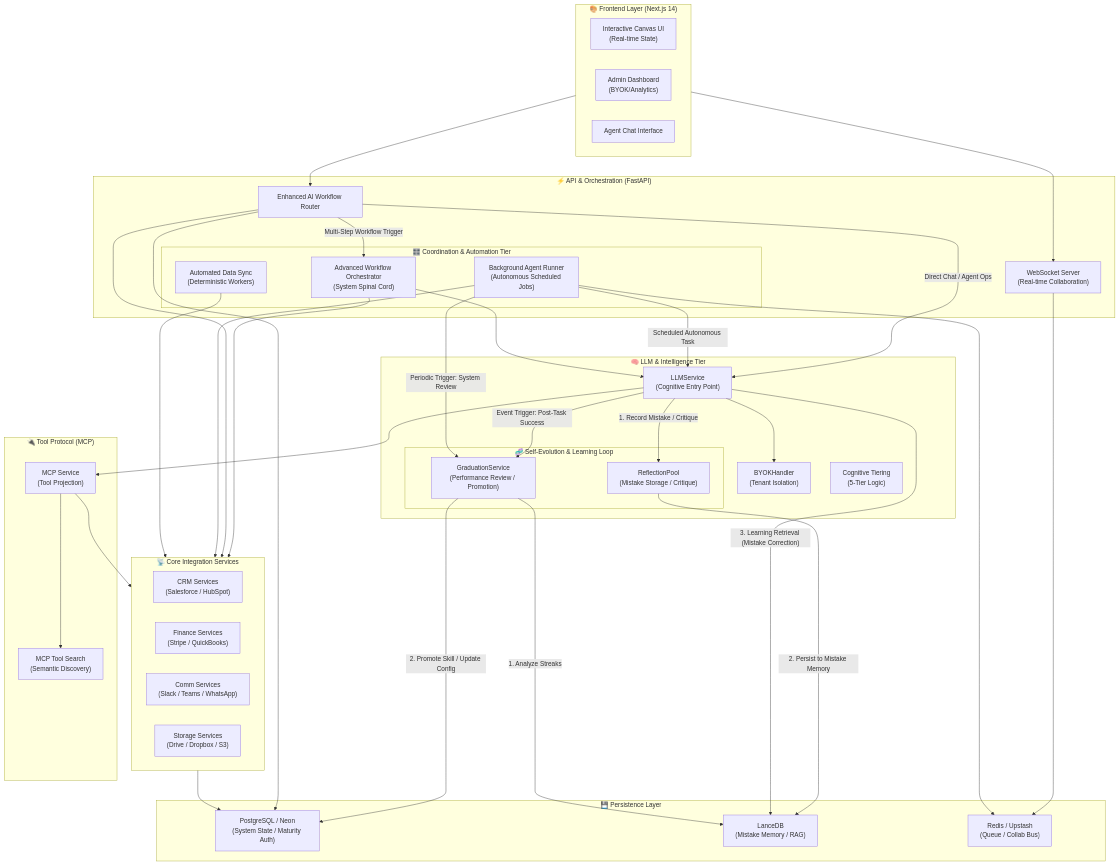
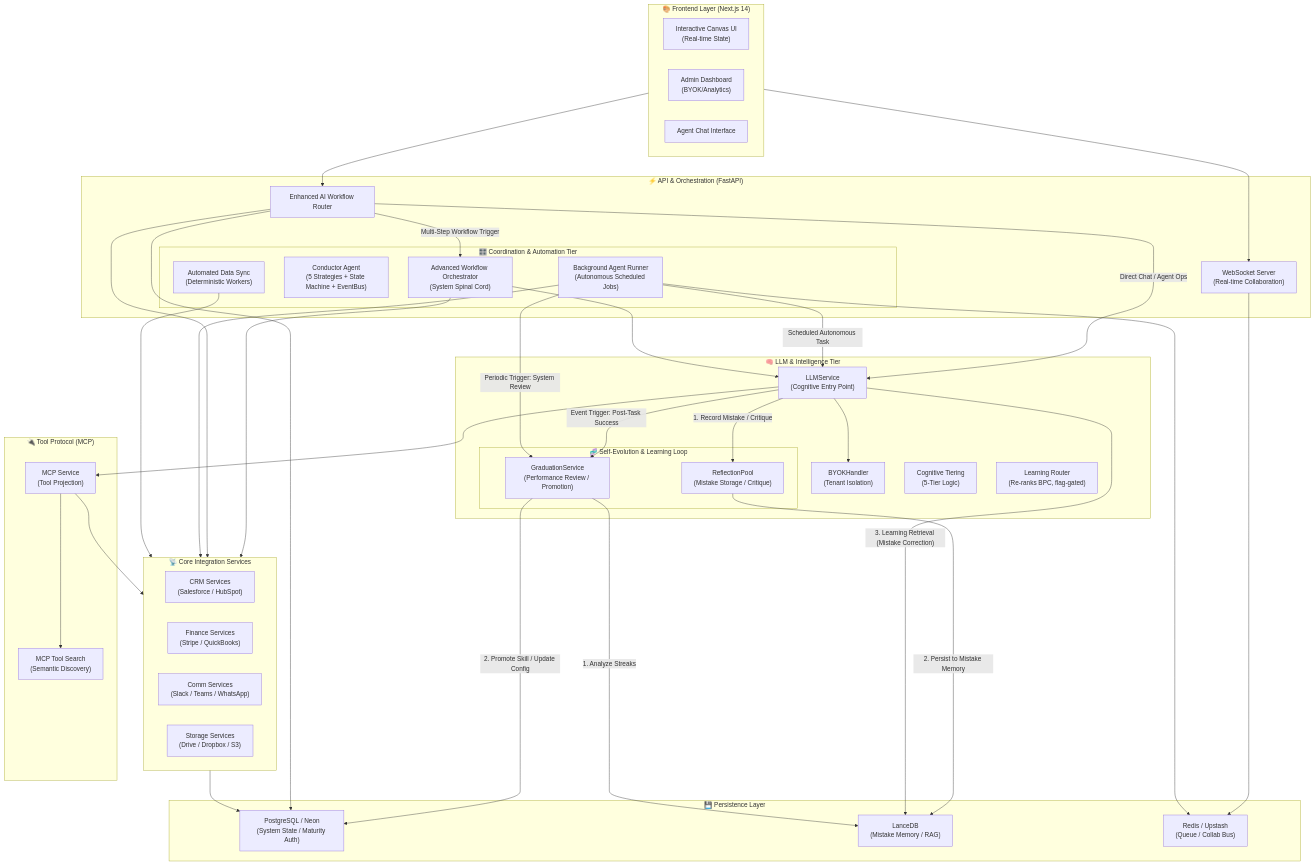
The diagram in docs/reference/ARCHITECTURE_DIAGRAMS.md (rush86999/atom), drawn with Mermaid before and after one commit. The commit also changed 7 other files, not shown here.

```diff
--- a/docs/reference/ARCHITECTURE_DIAGRAMS.md
+++ b/docs/reference/ARCHITECTURE_DIAGRAMS.md
@@ -28,6 +28,7 @@
         
         subgraph Coordination ["🎛️ Coordination & Automation Tier"]
             Orchestrator["Advanced Workflow Orchestrator<br/>(System Spinal Cord)"]
+            Conductor["Conductor Agent<br/>(5 Strategies + State Machine + EventBus)"]
             BackgroundRunner["Background Agent Runner<br/>(Autonomous Scheduled Jobs)"]
             BatchSync["Automated Data Sync<br/>(Deterministic Workers)"]
         end
@@ -37,7 +38,8 @@
         LLMService["LLMService<br/>(Cognitive Entry Point)"]
         BYOK["BYOKHandler<br/>(Tenant Isolation)"]
         Tiering["Cognitive Tiering<br/>(5-Tier Logic)"]
-        
+        LearnRouter["Learning Router<br/>(Re-ranks BPC, flag-gated)"]
+
         subgraph Evolution ["🧬 Self-Evolution & Learning Loop"]
             Reflection["ReflectionPool<br/>(Mistake Storage / Critique)"]
             Graduation["GraduationService<br/>(Performance Review / Promotion)"]
```
